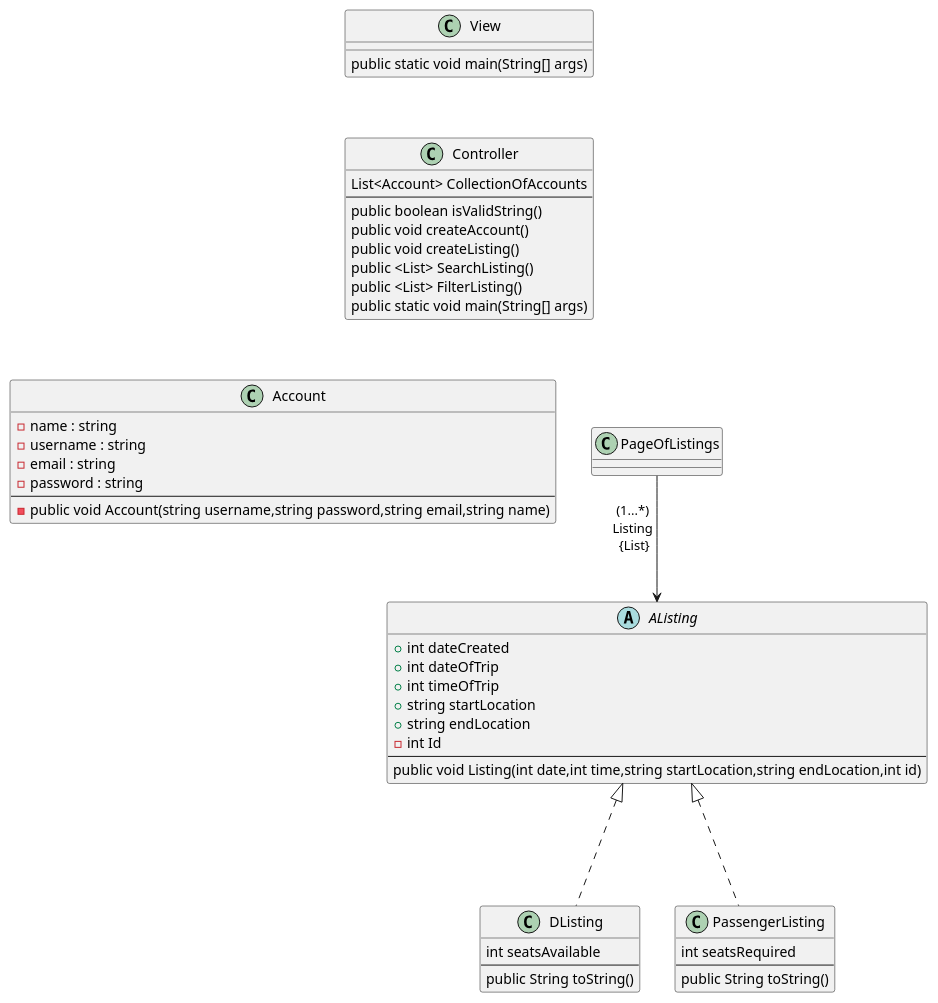
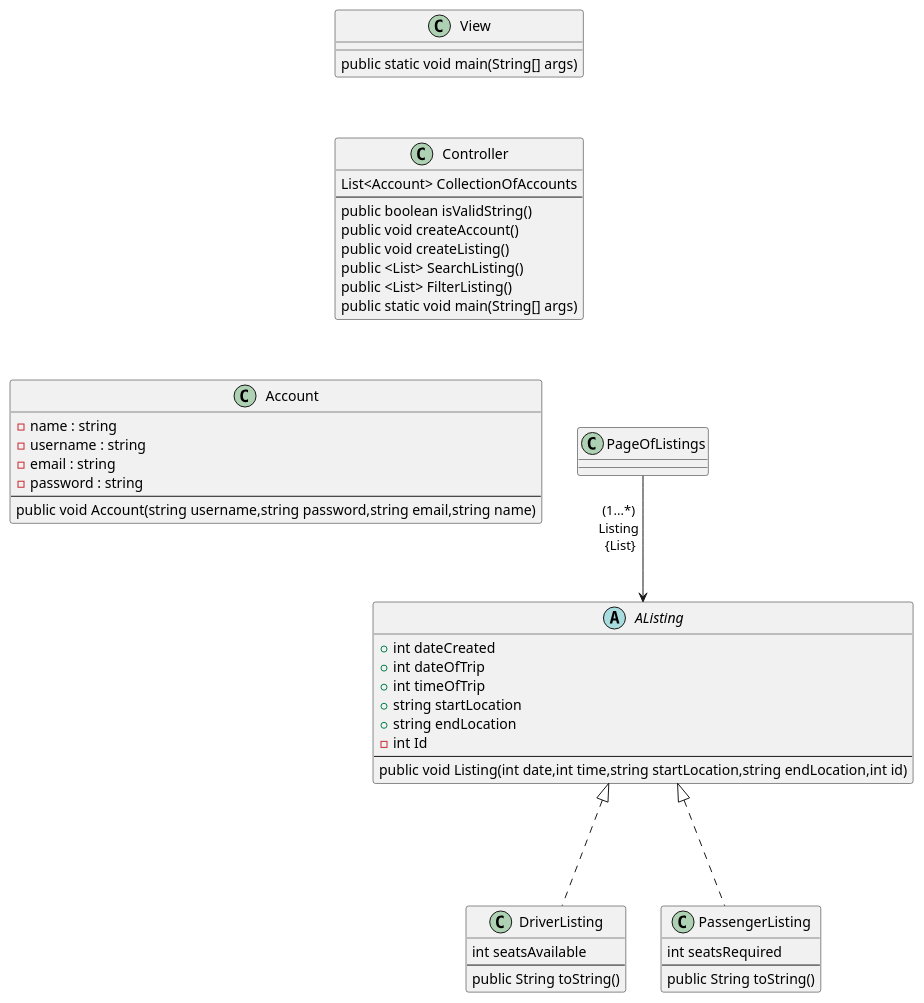
Before and after one commit to PriyaMulla/Carpool-Connect-VC: the fifth of 5 diagrams in doc/design.md, drawn with PlantUML. The commit also changed 3 other files, not shown here.

````diff
--- a/doc/design.md
+++ b/doc/design.md
@@ -158,63 +158,63 @@
 ```plantuml
 @startuml
 
 class Account{
 -name : string
 -username : string
 -email : string
 -password : string
 --
--public void Account(string username,string password,string email,string name)
+public void Account(string username,string password,string email,string name)
 }
 
 abstract AListing{
 +int dateCreated
 +int dateOfTrip
 +int timeOfTrip
 +string startLocation
 +string endLocation
 -int Id
 --
 public void Listing(int date,int time,string startLocation,string endLocation,int id)
 }
-class DListing{
+class DriverListing{
 int seatsAvailable
 --
 public String toString()
 }
 class PassengerListing{
 int seatsRequired
 --
 public String toString()
 }
 class Controller{
 List<Account> CollectionOfAccounts 
 --
 public boolean isValidString()
 public void createAccount()
 public void createListing()
 public <List> SearchListing()
 public <List> FilterListing()
 public static void main(String[] args)
 }
 class PageOfListings{
 
 }
 class View{
  
 public static void main(String[] args)
 }
 together {
 class Account
 class PageOfListings
 }
 'Association
 View --[hidden] Controller
 Controller -[hidden] PageOfListings
 Controller --[hidden] Account
 PageOfListings --> "\n(1...*)\nListing\n {List}\n\n\n" AListing : \t\t\t
-AListing <|... DListing
+AListing <|... DriverListing
 AListing <|... PassengerListing
 Account -[hidden] PageOfListings
 @enduml
 ```
````
